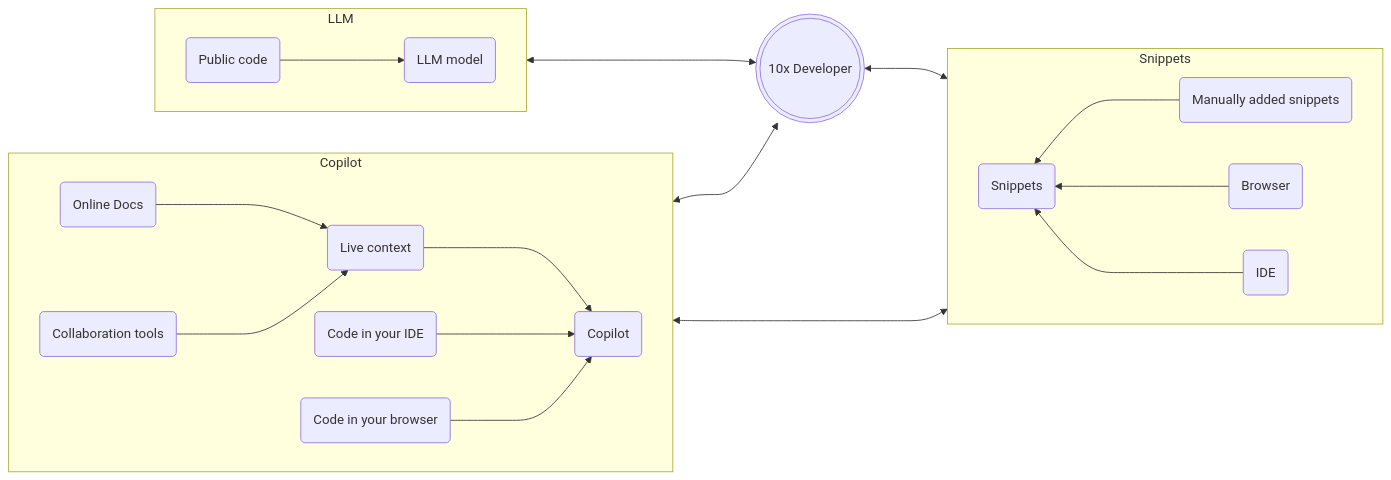
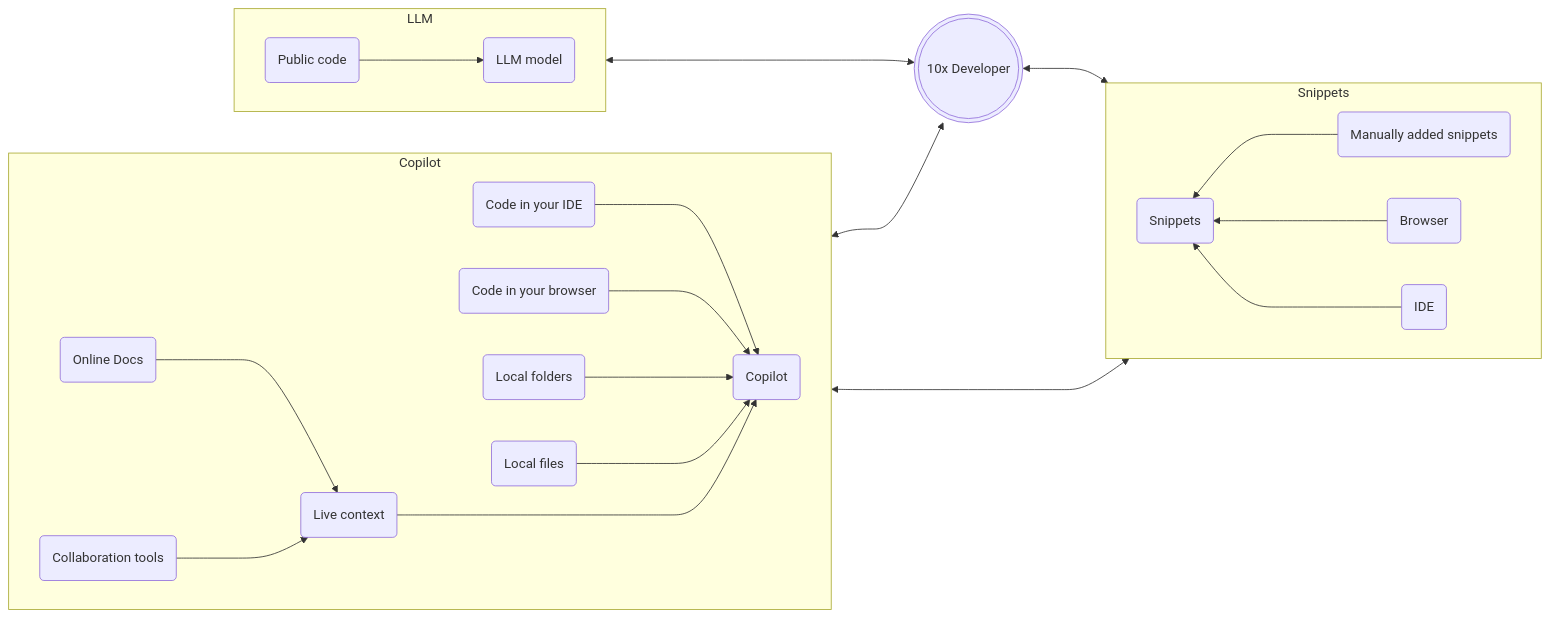
The seventh of 7 diagrams in 10x-developer-productivity/slides.md (pieces-app/workshops), drawn with Mermaid before and after one commit. The commit also changed other lines of this file and 13 other files, not shown here.

````diff
--- a/10x-developer-productivity/slides.md
+++ b/10x-developer-productivity/slides.md
@@ -599,26 +694,28 @@
 ```mermaid
 flowchart LR
     subgraph LLM
         direction LR
         public-cloud(Public code)--->llm-model(LLM model)
     end
     subgraph Copilot
         direction LR
+        code-ide(Code in your IDE)--->copilot-ide(Copilot)
+        web(Code in your browser)--->copilot-ide(Copilot)
+        folder(Local folders)--->copilot-ide(Copilot)
+        file(Local files)--->copilot-ide(Copilot)
+        live-context(Live context)---->copilot-ide(Copilot)
         documentation(Online Docs)--->live-context(Live context)
         collab(Collaboration tools)--->live-context(Live context)
-        live-context(Live context)--->copilot-ide(Copilot)
-        code-ide(Code in your IDE)--->copilot-ide(Copilot)
-        web(Code in your browser)--->copilot-ide(Copilot)
     end
     subgraph Snippets
         direction RL
         snippets(Snippets)
         manual-snippet(Manually added snippets)--->snippets(Snippets)
         browser-snippet(Browser)--->snippets(Snippets)
         ide-snippet(IDE)--->snippets(Snippets)
     end
     LLM<--->context(((10x Developer)))
     Copilot<--->context(((10x Developer)))
     context(((10x Developer)))<--->Snippets
     Copilot<--->Snippets
 ```
````
